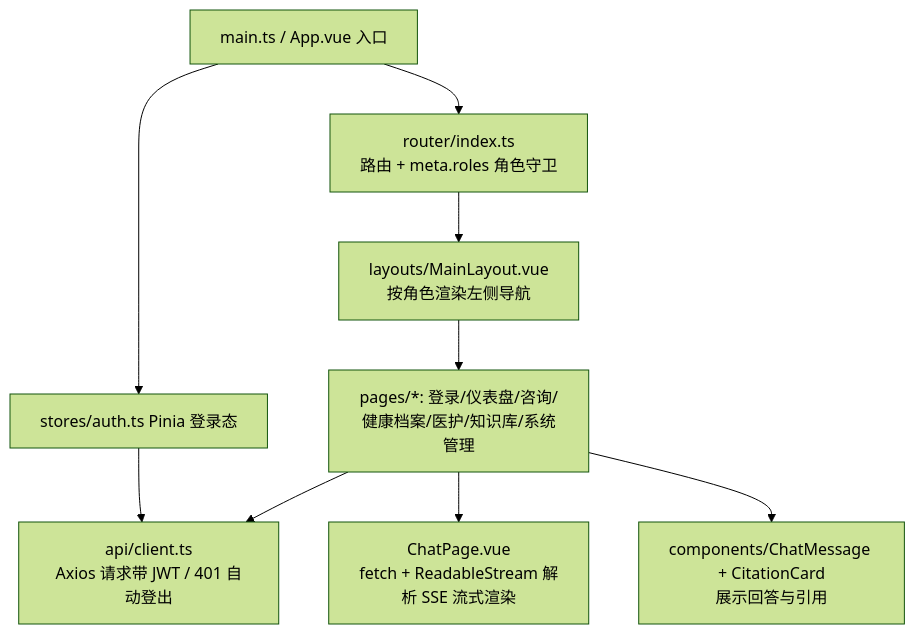
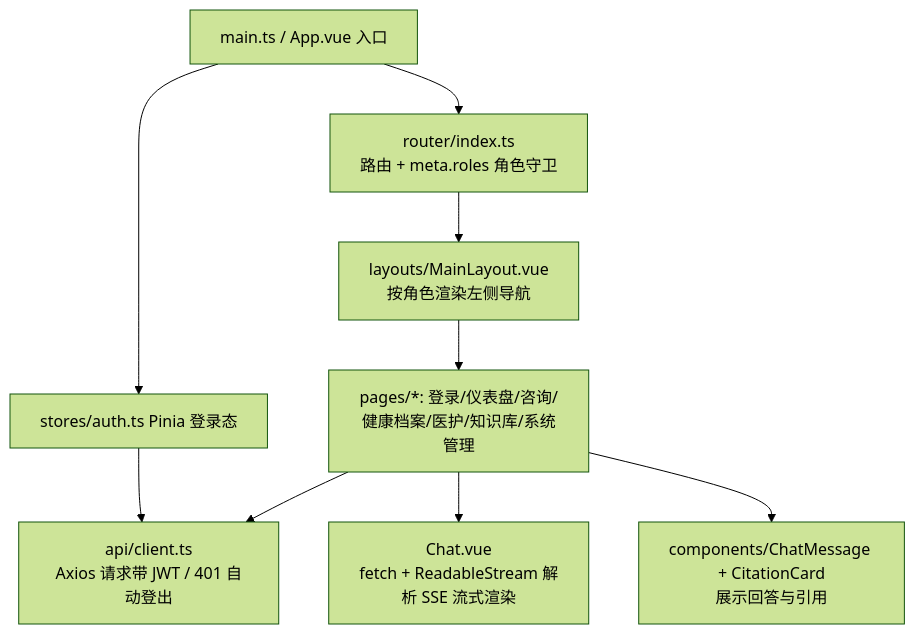
The eighth of 14 diagrams in 面试准备/项目完整架构与流程图.md (SFANBLOG/medical-assistant-master), drawn with Mermaid (forest theme) before and after one commit. The commit also changed other lines of this file and 3 other files, not shown here.

````diff
--- a/面试准备/项目完整架构与流程图.md
+++ b/面试准备/项目完整架构与流程图.md
@@ -234,11 +235,11 @@
 ```mermaid
 flowchart TD
     A["main.ts / App.vue 入口"] --> B["router/index.ts<br/>路由 + meta.roles 角色守卫"]
     A --> C["stores/auth.ts Pinia 登录态"]
     B --> D["layouts/MainLayout.vue<br/>按角色渲染左侧导航"]
     D --> E["pages/*: 登录/仪表盘/咨询/健康档案/医护/知识库/系统管理"]
     C --> F["api/client.ts<br/>Axios 请求带 JWT / 401 自动登出"]
     E --> F
-    E --> G["ChatPage.vue<br/>fetch + ReadableStream 解析 SSE 流式渲染"]
+    E --> G["Chat.vue<br/>fetch + ReadableStream 解析 SSE 流式渲染"]
     E --> H["components/ChatMessage + CitationCard<br/>展示回答与引用"]
 ```
````
